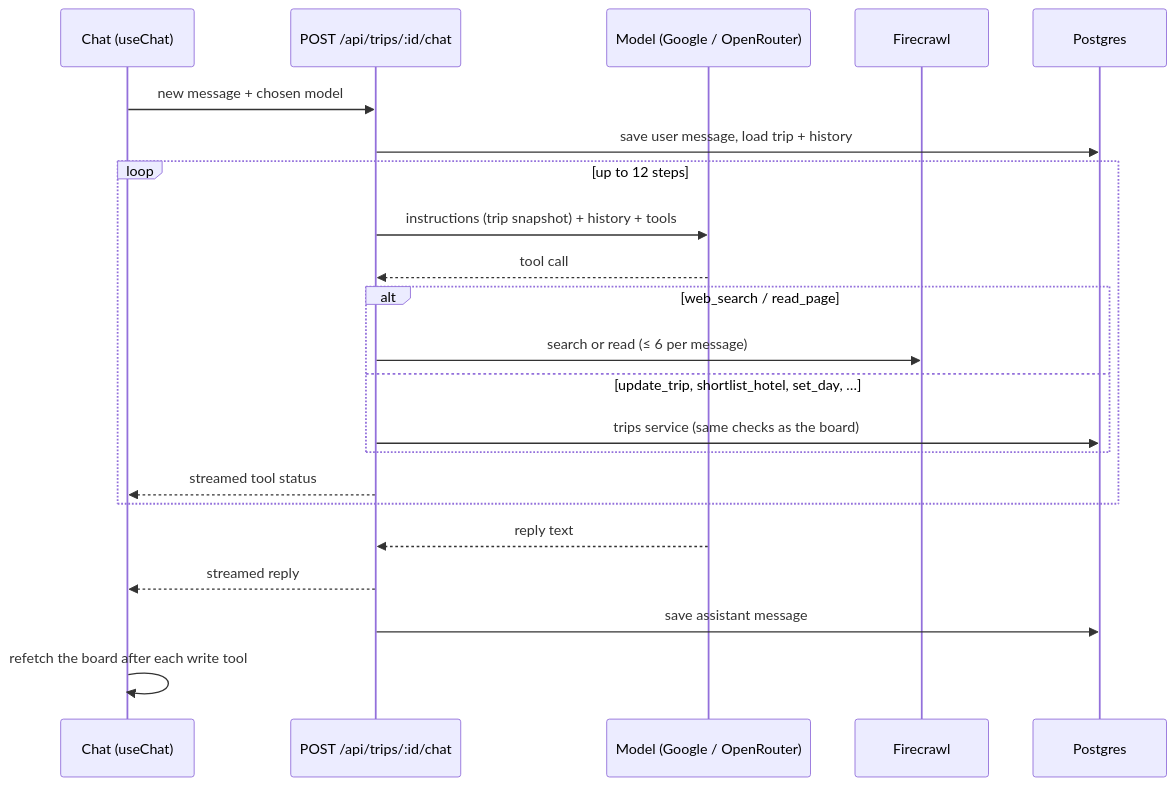
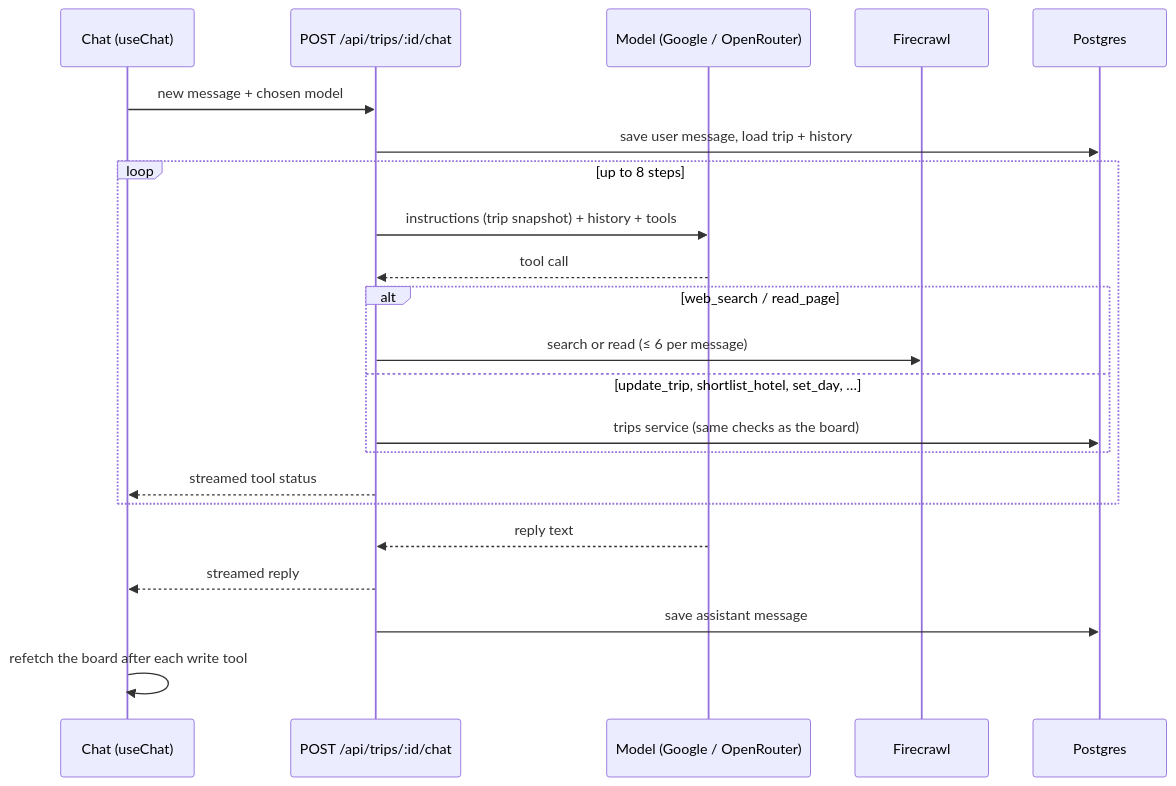
The sixth of 8 diagrams in docs/ARCHITECTURE.md (SahilFruitwala/kami), drawn with Mermaid before and after one commit. The commit also changed other lines of this file and 5 other files, not shown here.

````diff
--- a/docs/ARCHITECTURE.md
+++ b/docs/ARCHITECTURE.md
@@ -408,24 +408,24 @@
 ```mermaid
 sequenceDiagram
   participant UI as Chat (useChat)
   participant API as POST /api/trips/:id/chat
   participant LLM as Model (Google / OpenRouter)
   participant FC as Firecrawl
   participant DB as Postgres
   UI->>API: new message + chosen model
   API->>DB: save user message, load trip + history
-  loop up to 12 steps
+  loop up to 8 steps
     API->>LLM: instructions (trip snapshot) + history + tools
     LLM-->>API: tool call
     alt web_search / read_page
       API->>FC: search or read (≤ 6 per message)
     else update_trip, shortlist_hotel, set_day, …
       API->>DB: trips service (same checks as the board)
     end
     API-->>UI: streamed tool status
   end
   LLM-->>API: reply text
   API-->>UI: streamed reply
   API->>DB: save assistant message
   UI->>UI: refetch the board after each write tool
 ```
````
